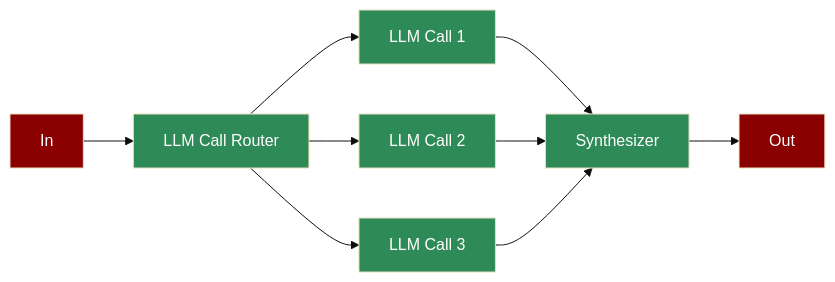
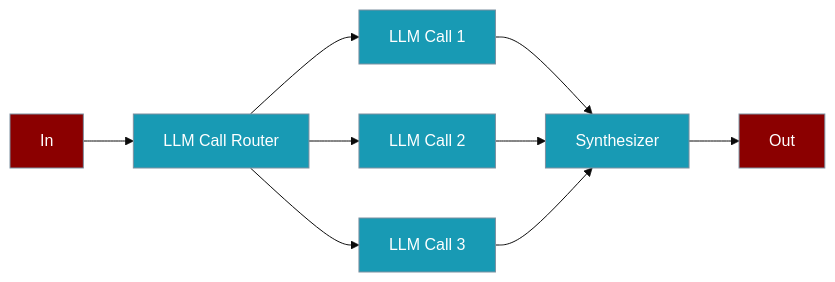
One commit to MervinPraison/PraisonAIDocs changed the diagram in docs/features/orchestrator-worker.mdx. Above: the diagram before and after it, drawn with Mermaid (base theme). The commit also changed other lines of this file and 2 other files, not shown here.

````diff
--- a/docs/features/orchestrator-worker.mdx
+++ b/docs/features/orchestrator-worker.mdx
@@ -8,19 +8,17 @@
 ```mermaid
 flowchart LR
     In[In] --> Router[LLM Call Router]
     Router --> LLM1[LLM Call 1]
     Router --> LLM2[LLM Call 2]
     Router --> LLM3[LLM Call 3]
     LLM1 --> Synthesizer[Synthesizer]
     LLM2 --> Synthesizer
     LLM3 --> Synthesizer
     Synthesizer --> Out[Out]
     
-    style In fill:#8B0000,color:#fff
-    style Router fill:#2E8B57,color:#fff
-    style LLM1 fill:#2E8B57,color:#fff
-    style LLM2 fill:#2E8B57,color:#fff
-    style LLM3 fill:#2E8B57,color:#fff
-    style Synthesizer fill:#2E8B57,color:#fff
-    style Out fill:#8B0000,color:#fff
+    classDef input fill:#8B0000,stroke:#7C90A0,color:#fff
+    classDef process fill:#189AB4,stroke:#7C90A0,color:#fff
+
+    class In,Out input
+    class Router,LLM1,LLM2,LLM3,Synthesizer process
 ```
````
